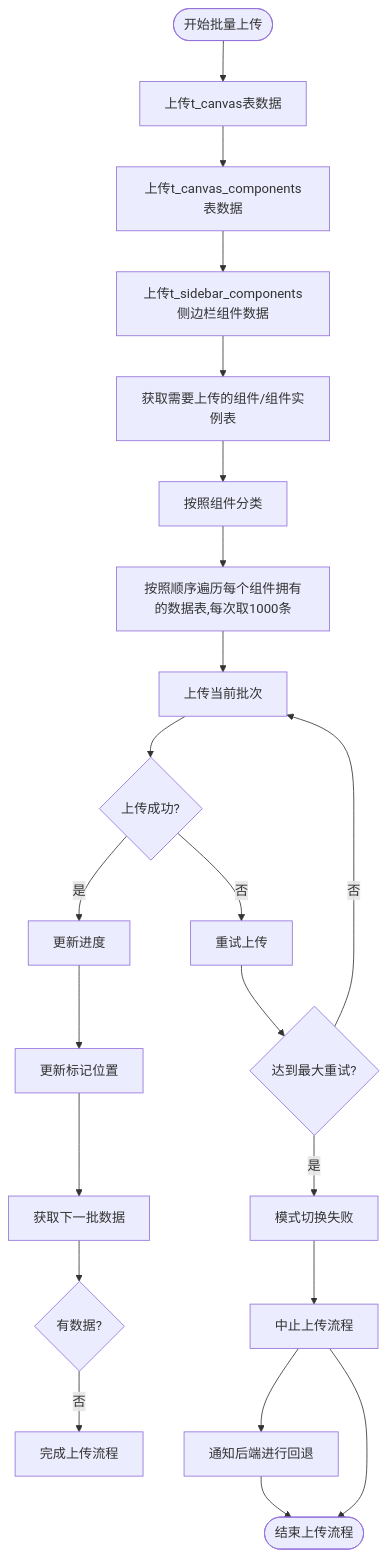
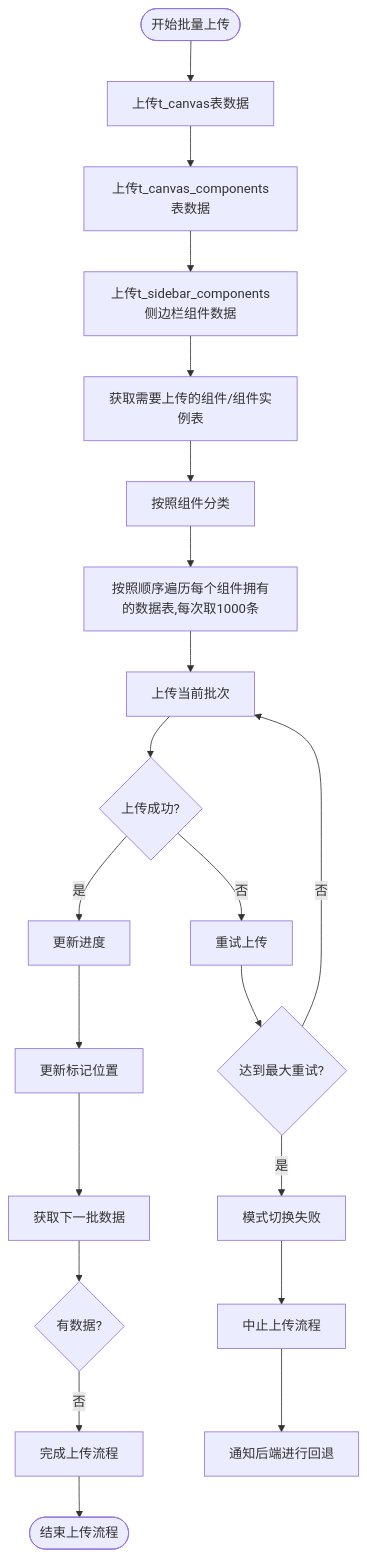
One commit to yingjianzh/iodraw-files changed the diagram in all/未命名-51.md. Above: the diagram before and after it, drawn with Mermaid.

Commit message:
2025-05-08 17:36:56 update

````diff
--- a/all/未命名-51.md
+++ b/all/未命名-51.md
@@ -1,31 +1,30 @@
 ```mermaid
 flowchart TD
     Start([开始批量上传]) --> UploadSpaceData[上传t_canvas表数据]
     UploadSpaceData --> UploadComponentListData[上传t_canvas_components表数据]
     UploadComponentListData --> UploadSiderComponent[上传t_sidebar_components侧边栏组件数据]
     UploadSiderComponent --> FetchData[获取需要上传的组件/组件实例表]
     FetchData --> ClassifyData[按照组件分类]
     ClassifyData --> UploadData[按照顺序遍历每个组件拥有的数据表,每次取1000条]
     UploadData --> UploadBatch[上传当前批次]
     
     UpdateProgress --> UpdateMarker[更新标记位置]
     UpdateMarker --> FetchNextBatch[获取下一批数据]
     
     FetchNextBatch --> CheckResults{有数据?}
     CheckResults -->|否| CompleteUpload[完成上传流程]
      
     
     UploadBatch --> UploadSuccess{上传成功?}
     UploadSuccess -->|是| UpdateProgress[更新进度]
     UploadSuccess -->|否| RetryUpload[重试上传]
     
     RetryUpload --> MaxRetries{达到最大重试?}
     MaxRetries -->|否| UploadBatch
     MaxRetries -->|是| ErrorHandling[模式切换失败]
     
     ErrorHandling --> AbortProcess[中止上传流程]
     AbortProcess --> ReportError[通知后端进行回退]
     
-    ReportError --> End([结束上传流程])
-    AbortProcess --> End
+    CompleteUpload --> End([结束上传流程])
 ```
````
